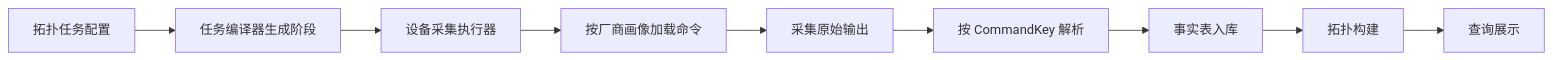
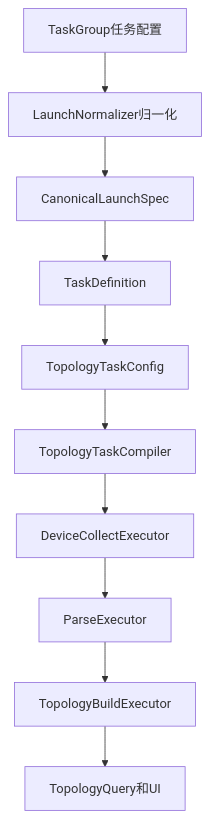
The first of 2 diagrams in docs/topology_command_customization_design.md (DeavorWei/NetWeaverGo), drawn with Mermaid before and after one commit. The commit also changed other lines of this file and 2 other files, not shown here.

````diff
--- a/docs/topology_command_customization_design.md
+++ b/docs/topology_command_customization_design.md
@@ -36,11 +31,12 @@
 ```mermaid
-flowchart LR
-  A[拓扑任务配置] --> B[任务编译器生成阶段]
-  B --> C[设备采集执行器]
-  C --> D[按厂商画像加载命令]
-  D --> E[采集原始输出]
-  E --> F[按 CommandKey 解析]
-  F --> G[事实表入库]
-  G --> H[拓扑构建]
-  H --> I[查询展示]
+flowchart TD
+  A[TaskGroup任务配置] --> B[LaunchNormalizer归一化]
+  B --> C[CanonicalLaunchSpec]
+  C --> D[TaskDefinition]
+  D --> E[TopologyTaskConfig]
+  E --> F[TopologyTaskCompiler]
+  F --> G[DeviceCollectExecutor]
+  G --> H[ParseExecutor]
+  H --> I[TopologyBuildExecutor]
+  I --> J[TopologyQuery和UI]
 ```
````
